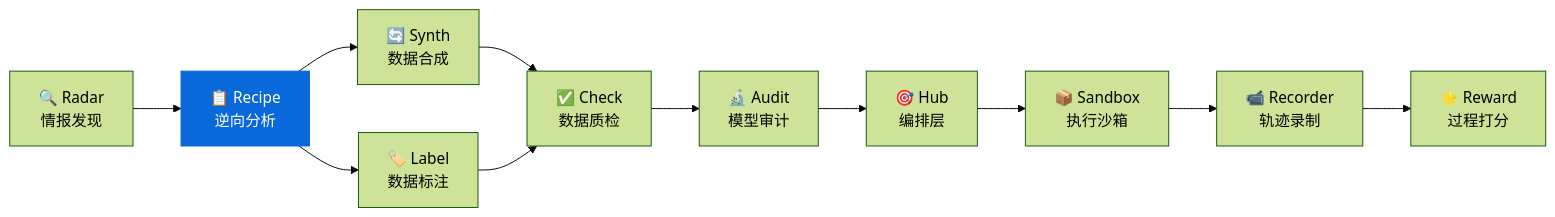
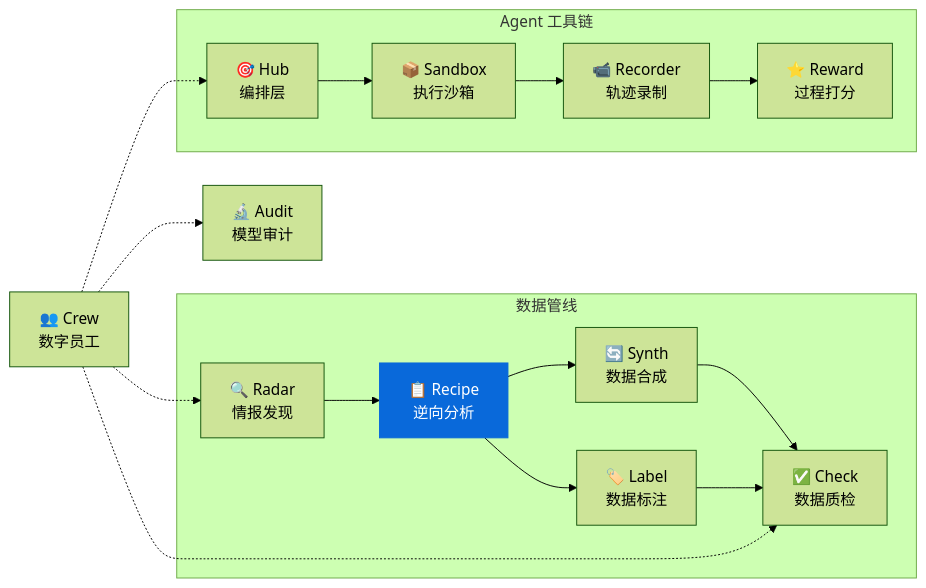
One commit to liuxiaotong/data-recipe changed the diagram in README.md. Above: the diagram before and after it, drawn with Mermaid (forest theme). The commit also changed other lines of this file, not shown here.

Commit message:
docs: 更新生态表格和 Mermaid 图，新增 Crew 项目

````diff
--- a/README.md
+++ b/README.md
@@ -388,14 +388,22 @@
 ```mermaid
 graph LR
-    Radar["🔍 Radar<br/>情报发现"] --> Recipe["📋 Recipe<br/>逆向分析"]
-    Recipe --> Synth["🔄 Synth<br/>数据合成"]
-    Recipe --> Label["🏷️ Label<br/>数据标注"]
-    Synth --> Check["✅ Check<br/>数据质检"]
-    Label --> Check
-    Check --> Audit["🔬 Audit<br/>模型审计"]
-    Audit --> Hub["🎯 Hub<br/>编排层"]
-    Hub --> Sandbox["📦 Sandbox<br/>执行沙箱"]
-    Sandbox --> Recorder["📹 Recorder<br/>轨迹录制"]
-    Recorder --> Reward["⭐ Reward<br/>过程打分"]
+    subgraph 数据管线
+        Radar["🔍 Radar<br/>情报发现"] --> Recipe["📋 Recipe<br/>逆向分析"]
+        Recipe --> Synth["🔄 Synth<br/>数据合成"]
+        Recipe --> Label["🏷️ Label<br/>数据标注"]
+        Synth --> Check["✅ Check<br/>数据质检"]
+        Label --> Check
+    end
+    Audit["🔬 Audit<br/>模型审计"]
+    subgraph Agent 工具链
+        Hub["🎯 Hub<br/>编排层"] --> Sandbox["📦 Sandbox<br/>执行沙箱"]
+        Sandbox --> Recorder["📹 Recorder<br/>轨迹录制"]
+        Recorder --> Reward["⭐ Reward<br/>过程打分"]
+    end
+    Crew["👥 Crew<br/>数字员工"]
+    Crew -.-> Radar
+    Crew -.-> Check
+    Crew -.-> Audit
+    Crew -.-> Hub
     style Recipe fill:#0969da,color:#fff,stroke:#0969da
 ```
````
